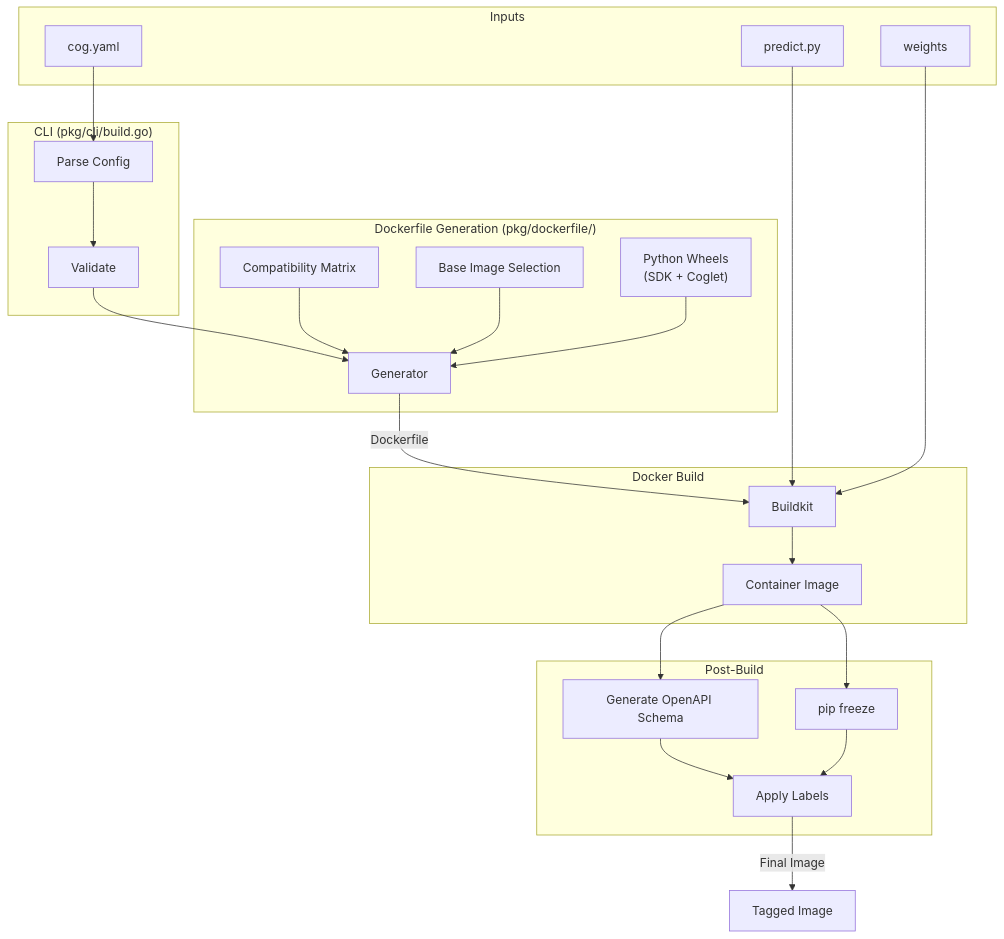
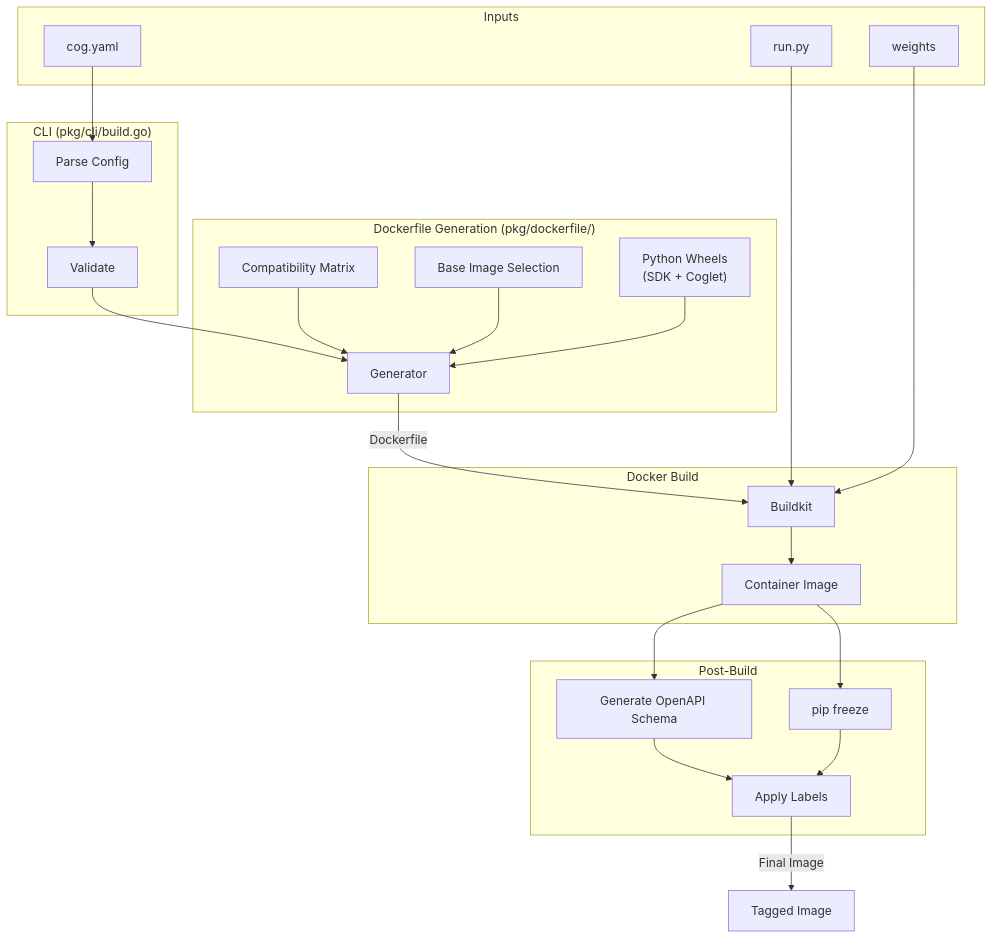
Before and after one commit to replicate/cog: the first of 5 diagrams in architecture/05-build-system.md, drawn with Mermaid. The commit also changed other lines of this file and 73 other files, not shown here.

First line of the commit message:
feat: Rename predict to run with backward compatibility (#3015)

````diff
--- a/architecture/05-build-system.md
+++ b/architecture/05-build-system.md
@@ -7,46 +7,46 @@
 ```mermaid
 flowchart TB
     subgraph input["Inputs"]
         yaml["cog.yaml"]
-        code["predict.py"]
+        code["run.py"]
         weights["weights"]
     end
 
     subgraph cli["CLI (pkg/cli/build.go)"]
         parse["Parse Config"]
         validate["Validate"]
     end
 
     subgraph generate["Dockerfile Generation (pkg/dockerfile/)"]
         generator["Generator"]
         baseimage["Base Image Selection"]
         compat["Compatibility Matrix"]
         wheel["Python Wheels<br/>(SDK + Coglet)"]
     end
 
     subgraph docker["Docker Build"]
         buildkit["Buildkit"]
         image["Container Image"]
     end
 
     subgraph post["Post-Build"]
         schema["Generate OpenAPI Schema"]
         freeze["pip freeze"]
         labels["Apply Labels"]
     end
 
     yaml --> parse --> validate
     validate --> generator
     compat --> generator
     baseimage --> generator
     wheel --> generator
     generator -->|"Dockerfile"| buildkit
     code --> buildkit
     weights --> buildkit
     buildkit --> image
     image --> schema
     image --> freeze
     schema --> labels
     freeze --> labels
     labels -->|"Final Image"| output["Tagged Image"]
 ```
````
